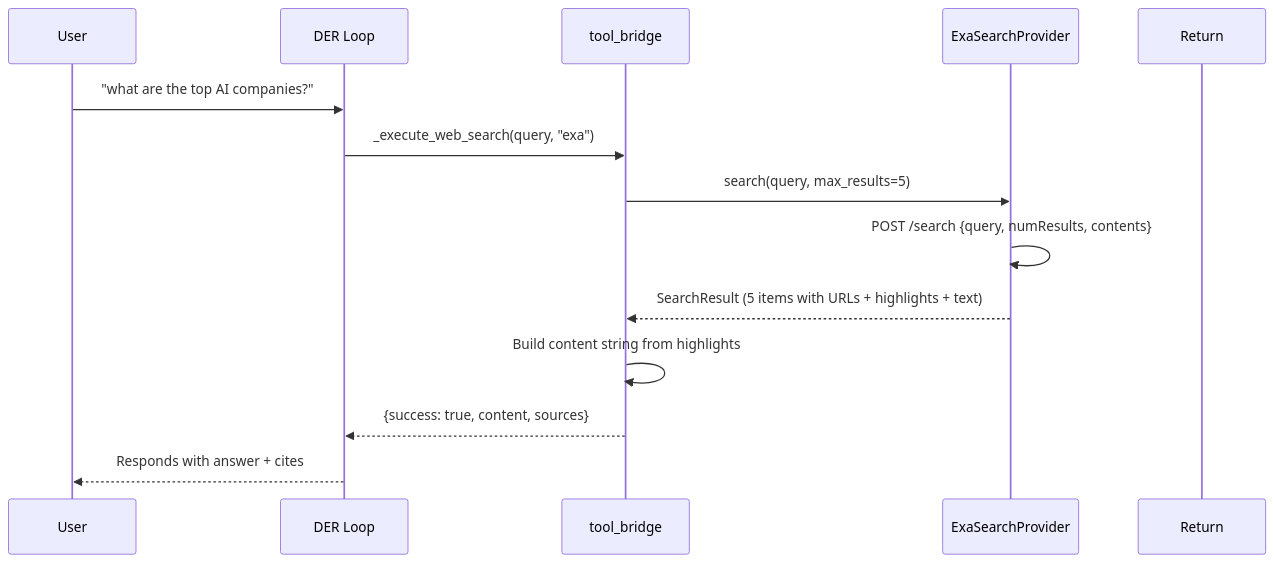
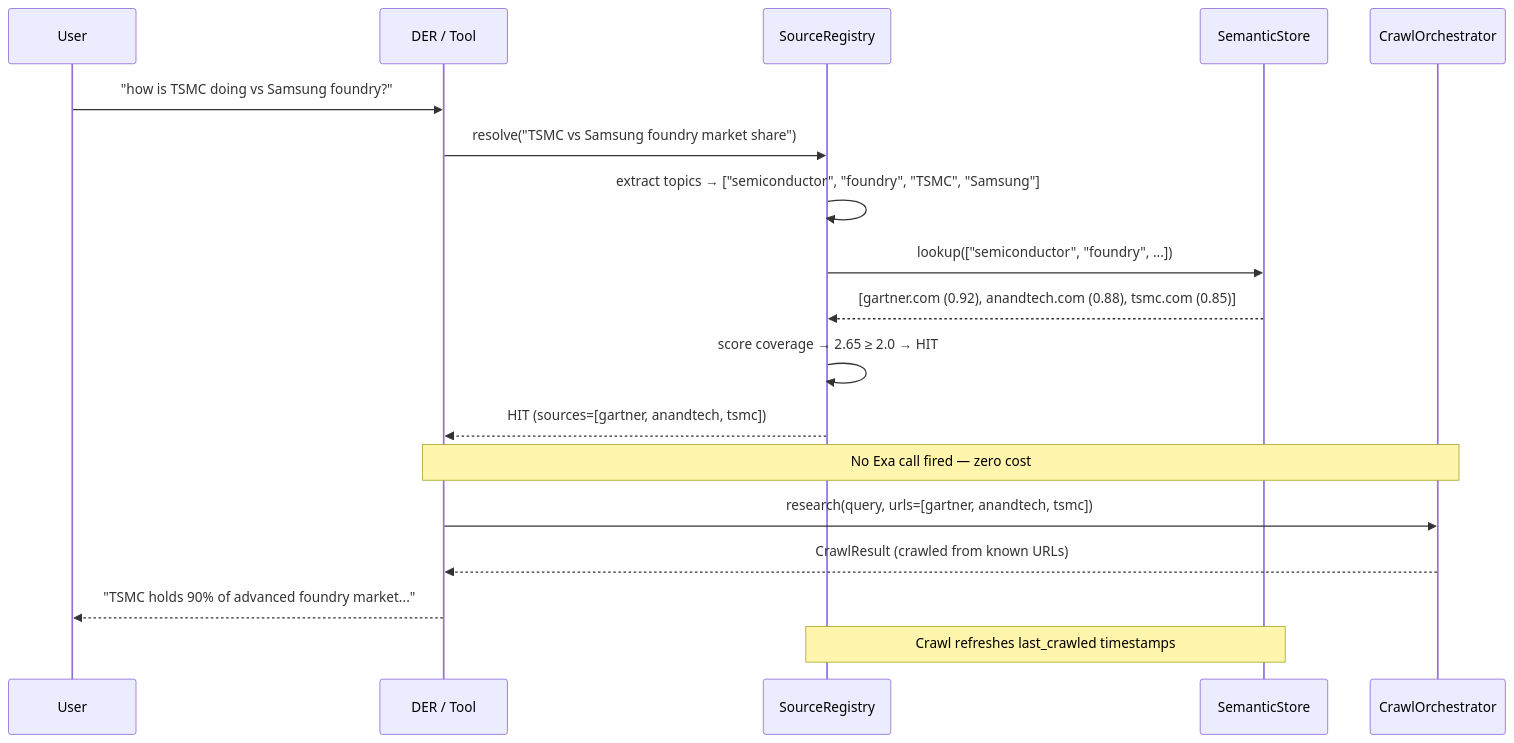
Before and after one commit to Midast0uch/IRISVOICE: the second of 3 diagrams in specs/exa-search-integration/design.md, drawn with Mermaid. The commit also changed other lines of this file and 2 other files, not shown here.

First line of the commit message:
spec(exa): add SourceRegistry + memory integration + decision function

````diff
--- a/specs/exa-search-integration/design.md
+++ b/specs/exa-search-integration/design.md
@@ -125,17 +220,21 @@
 ```mermaid
 sequenceDiagram
     participant U as User
-    participant DER as DER Loop
-    participant TB as tool_bridge
-    participant Exa as ExaSearchProvider
-    participant Return
+    participant DER as DER / Tool
+    participant SR as SourceRegistry
+    participant SMem as SemanticStore
+    participant OC as CrawlOrchestrator
 
-    U->>DER: "what are the top AI companies?"
-    DER->>TB: _execute_web_search(query, "exa")
-    TB->>Exa: search(query, max_results=5)
-    Exa->>Exa: POST /search {query, numResults, contents}
-    Exa-->>TB: SearchResult (5 items with URLs + highlights + text)
-    TB->>TB: Build content string from highlights
-    TB-->>DER: {success: true, content, sources}
-    DER-->>U: Responds with answer + cites
+    U->>DER: "how is TSMC doing vs Samsung foundry?"
+    DER->>SR: resolve("TSMC vs Samsung foundry market share")
+    SR->>SR: extract topics → ["semiconductor", "foundry", "TSMC", "Samsung"]
+    SR->>SMem: lookup(["semiconductor", "foundry", ...])
+    SMem-->>SR: [gartner.com (0.92), anandtech.com (0.88), tsmc.com (0.85)]
+    SR->>SR: score coverage → 2.65 ≥ 2.0 → HIT
+    SR-->>DER: HIT (sources=[gartner, anandtech, tsmc])
+    Note over DER,OC: No Exa call fired — zero cost
+    DER->>OC: research(query, urls=[gartner, anandtech, tsmc])
+    OC-->>DER: CrawlResult (crawled from known URLs)
+    DER-->>U: "TSMC holds 90% of advanced foundry market..."
+    Note over SR,SMem: Crawl refreshes last_crawled timestamps
 ```
````
